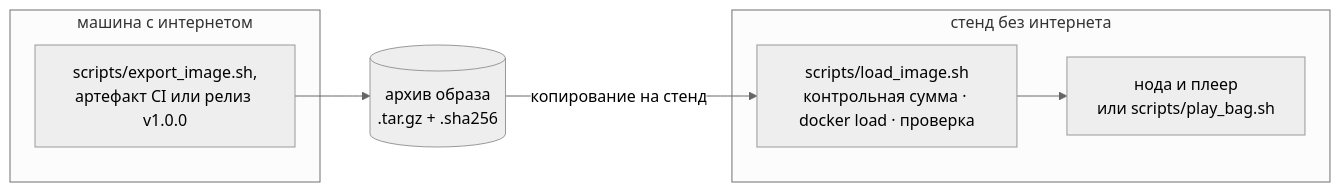
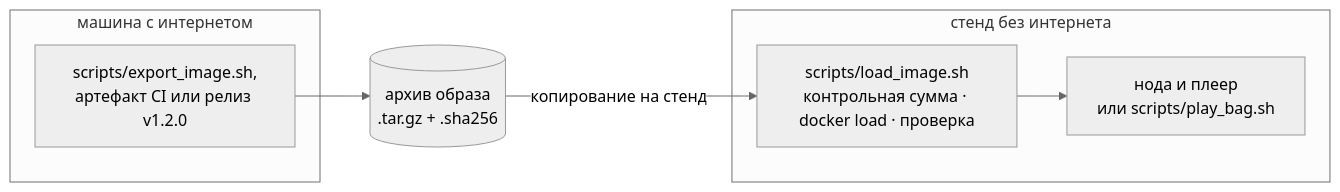
The diagram in gitbook/guides/offline-stand.md (pmixay/ReSense), drawn with Mermaid (neutral theme) before and after one commit. The commit also changed other lines of this file and 1068 other files, not shown here.

````diff
--- a/gitbook/guides/offline-stand.md
+++ b/gitbook/guides/offline-stand.md
@@ -15,11 +15,11 @@
 ```mermaid
 flowchart LR
     subgraph NET["машина с интернетом"]
-        EXP["scripts/export_image.sh,<br/>артефакт CI или релиз v1.0.0"]
+        EXP["scripts/export_image.sh,<br/>артефакт CI или релиз v1.2.0"]
     end
     EXP --> ARCH[("архив образа<br/>.tar.gz + .sha256")]
     ARCH -- "копирование на стенд" --> LOAD
     subgraph STAND["стенд без интернета"]
         LOAD["scripts/load_image.sh<br/>контрольная сумма · docker load · проверка"] --> RUN["нода и плеер<br/>или scripts/play_bag.sh"]
     end
 ```
````
